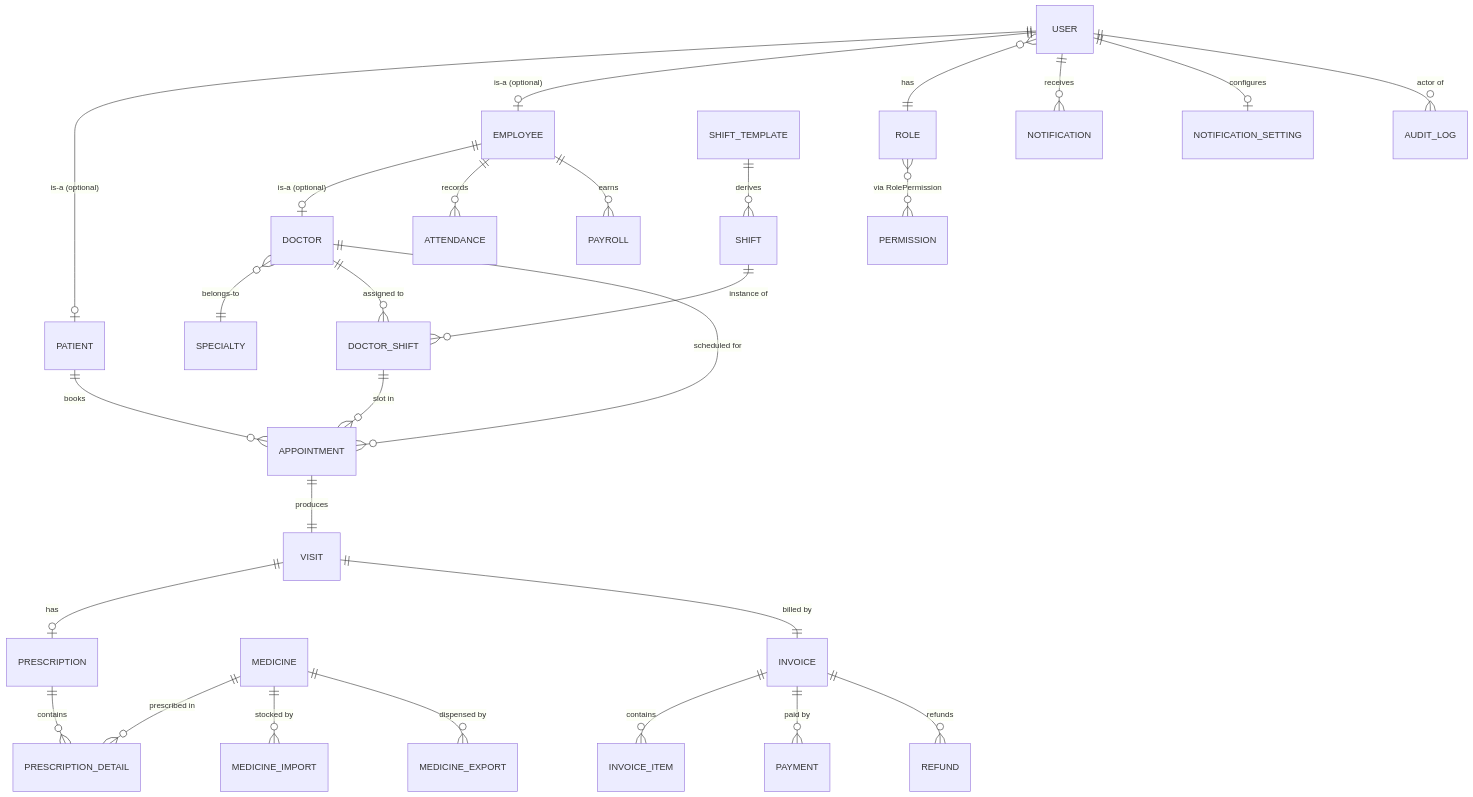
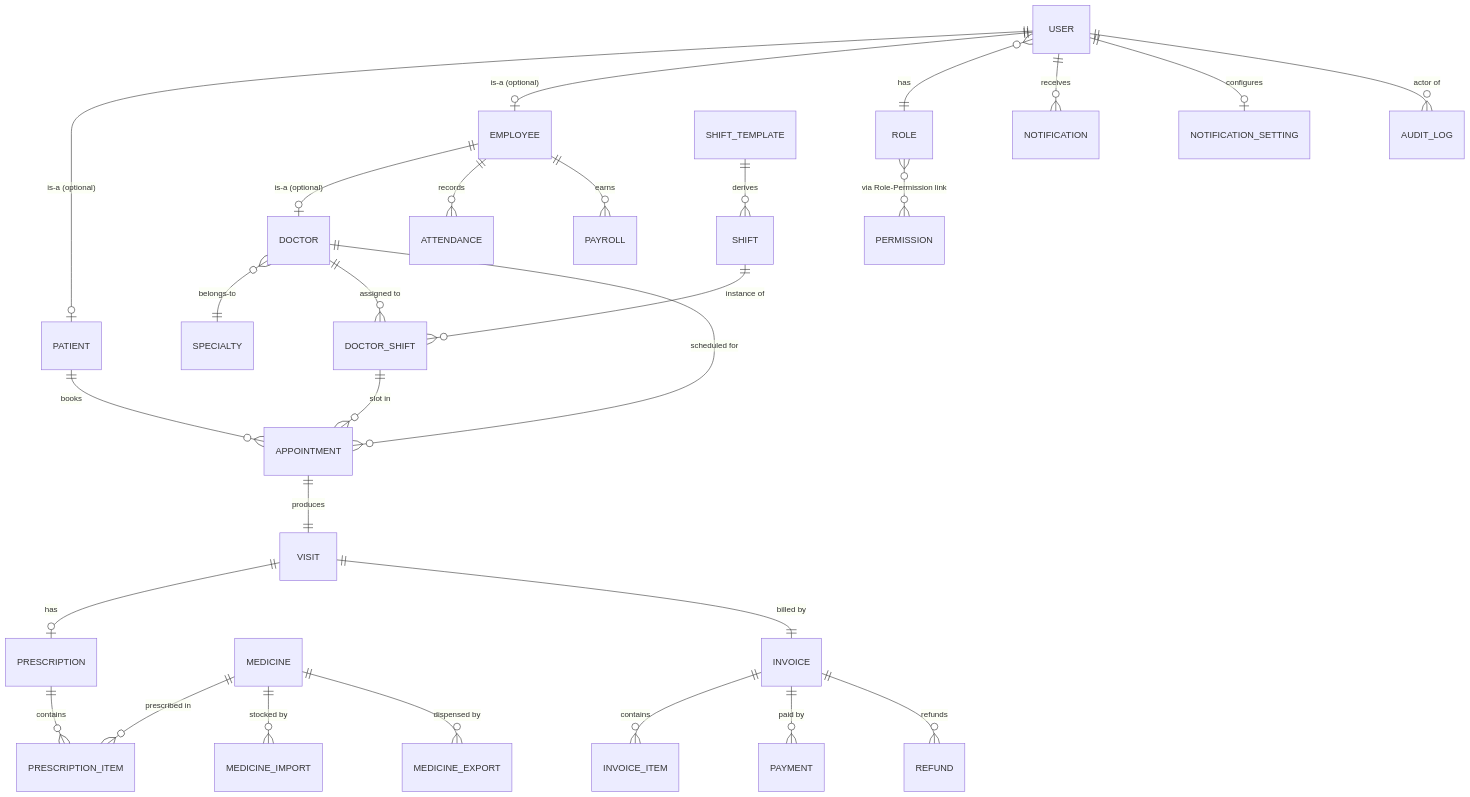
The fourth of 11 diagrams in Docs/ADD.md (MinhThienNguyen040905/SE356---He-thong-phong-kham), drawn with Mermaid before and after one commit. The commit also changed other lines of this file, not shown here.

````diff
--- a/Docs/ADD.md
+++ b/Docs/ADD.md
@@ -567,35 +574,35 @@
 ```mermaid
 erDiagram
     USER ||--o| PATIENT : "is-a (optional)"
     USER ||--o| EMPLOYEE : "is-a (optional)"
     EMPLOYEE ||--o| DOCTOR : "is-a (optional)"
     USER }o--|| ROLE : has
-    ROLE }o--o{ PERMISSION : "via RolePermission"
+    ROLE }o--o{ PERMISSION : "via Role-Permission link"
 
     DOCTOR }o--|| SPECIALTY : "belongs-to"
     SHIFT_TEMPLATE ||--o{ SHIFT : derives
     SHIFT ||--o{ DOCTOR_SHIFT : "instance of"
     DOCTOR ||--o{ DOCTOR_SHIFT : "assigned to"
 
     PATIENT ||--o{ APPOINTMENT : books
     DOCTOR ||--o{ APPOINTMENT : "scheduled for"
     DOCTOR_SHIFT ||--o{ APPOINTMENT : "slot in"
     APPOINTMENT ||--|| VISIT : produces
     VISIT ||--o| PRESCRIPTION : has
-    PRESCRIPTION ||--o{ PRESCRIPTION_DETAIL : contains
-    MEDICINE ||--o{ PRESCRIPTION_DETAIL : "prescribed in"
+    PRESCRIPTION ||--o{ PRESCRIPTION_ITEM : contains
+    MEDICINE ||--o{ PRESCRIPTION_ITEM : "prescribed in"
 
     VISIT ||--|| INVOICE : "billed by"
     INVOICE ||--o{ INVOICE_ITEM : contains
     INVOICE ||--o{ PAYMENT : "paid by"
     INVOICE ||--o{ REFUND : refunds
     MEDICINE ||--o{ MEDICINE_IMPORT : "stocked by"
     MEDICINE ||--o{ MEDICINE_EXPORT : "dispensed by"
 
     EMPLOYEE ||--o{ ATTENDANCE : records
     EMPLOYEE ||--o{ PAYROLL : earns
 
     USER ||--o{ NOTIFICATION : receives
     USER ||--o| NOTIFICATION_SETTING : configures
     USER ||--o{ AUDIT_LOG : "actor of"
 ```
````
